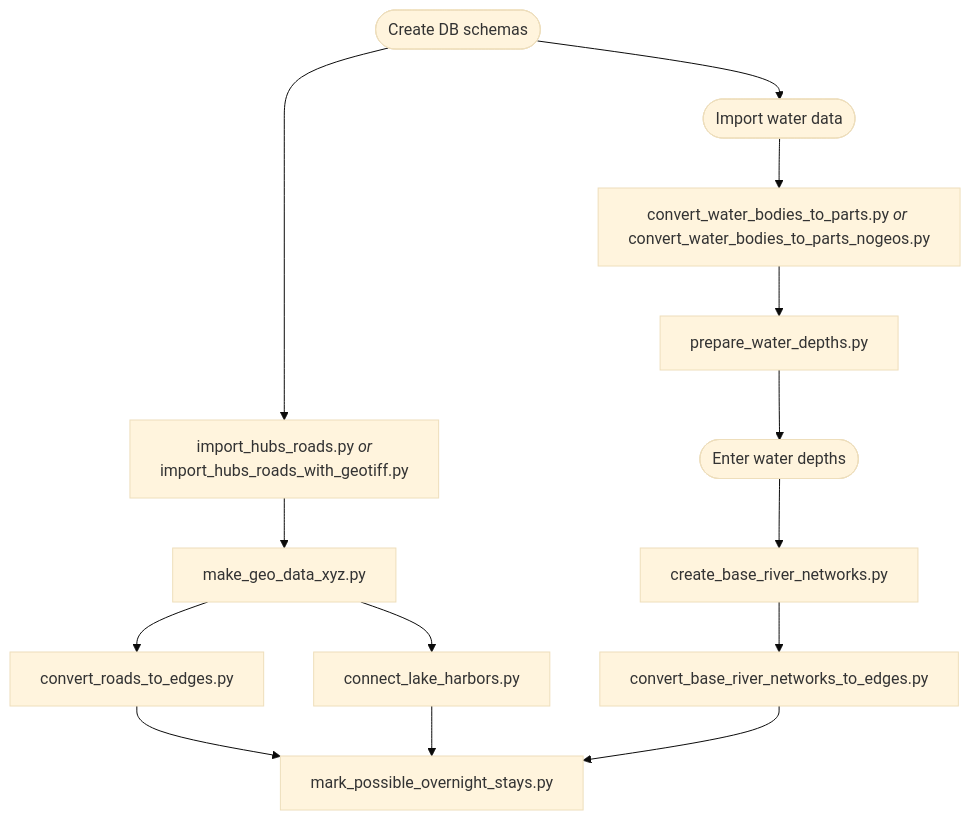
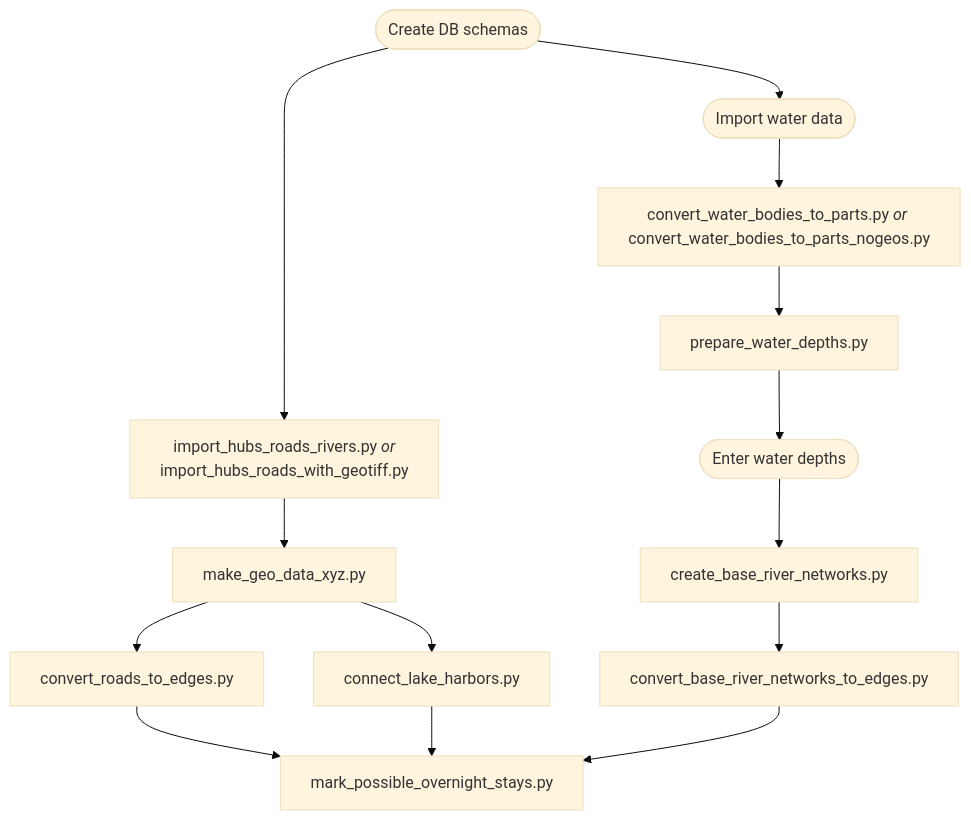
Before and after one commit to Simulation-of-Traffic-and-Transport/SiTT: the diagram in precalculation/README.md, drawn with Mermaid (base theme). The commit also changed other lines of this file and 1 other file, not shown here.

````diff
--- a/precalculation/README.md
+++ b/precalculation/README.md
@@ -9,26 +9,26 @@
 ```mermaid
 flowchart TD
     schema(["Create DB schemas"])
     water(["Import water data"])
-    hubs_roads["`import_hubs_roads.py *or*
+    hubs_roads["`import_hubs_roads_rivers.py *or*
     import_hubs_roads_with_geotiff.py`"]
     geo_data["make_geo_data_xyz.py"]
     convert_roads["convert_roads_to_edges.py"]
     convert_lakes["connect_lake_harbors.py"]
     convert_wb["`convert_water_bodies_to_parts.py *or* convert_water_bodies_to_parts_nogeos.py`"]
     prepare_water_depths["prepare_water_depths.py"]
     enter_depths(["Enter water depths"])
     base_river["create_base_river_networks.py"]
     river_edges["convert_base_river_networks_to_edges.py"]
     overnight_stays["mark_possible_overnight_stays.py"]
     
     schema --> water
     schema --> hubs_roads
     
 
     hubs_roads --> geo_data
     
     geo_data --> convert_roads --> overnight_stays
     geo_data --> convert_lakes --> overnight_stays
     water --> convert_wb --> prepare_water_depths --> enter_depths --> base_river --> river_edges --> overnight_stays
 ```
````
